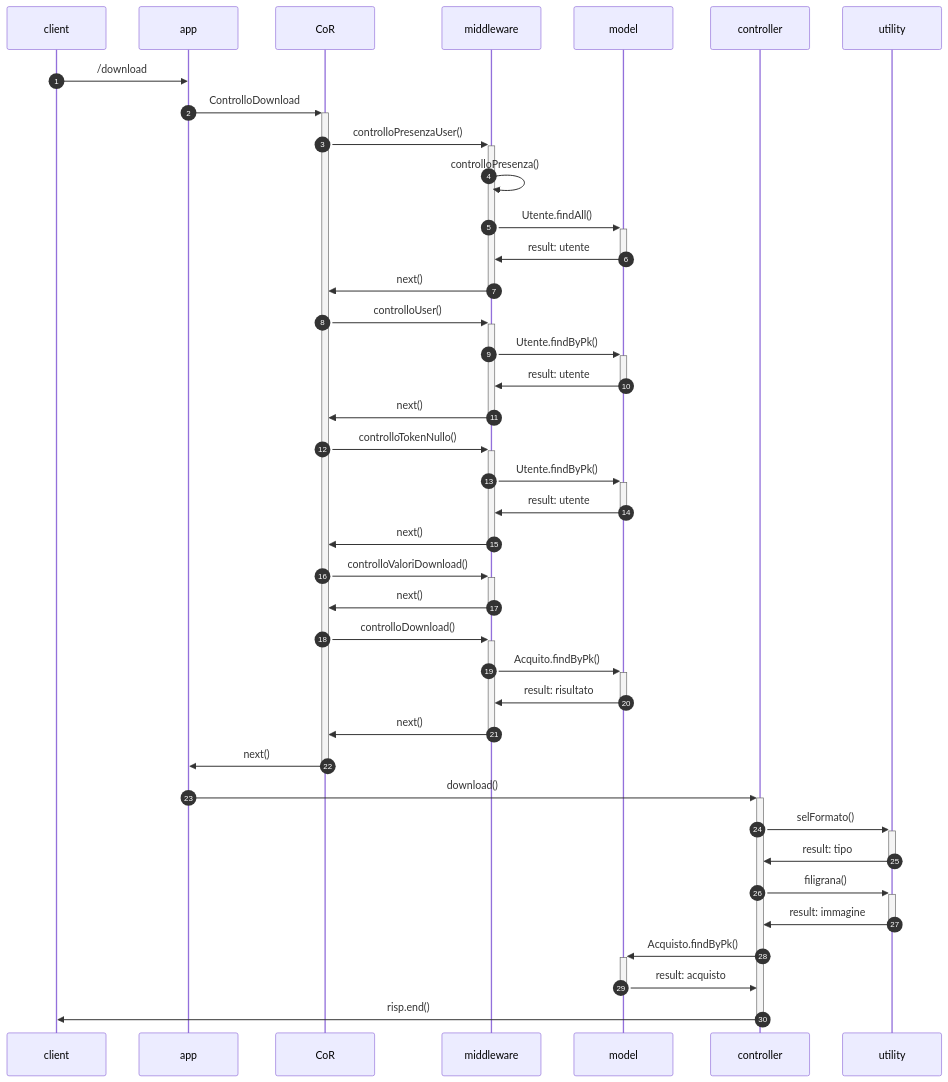
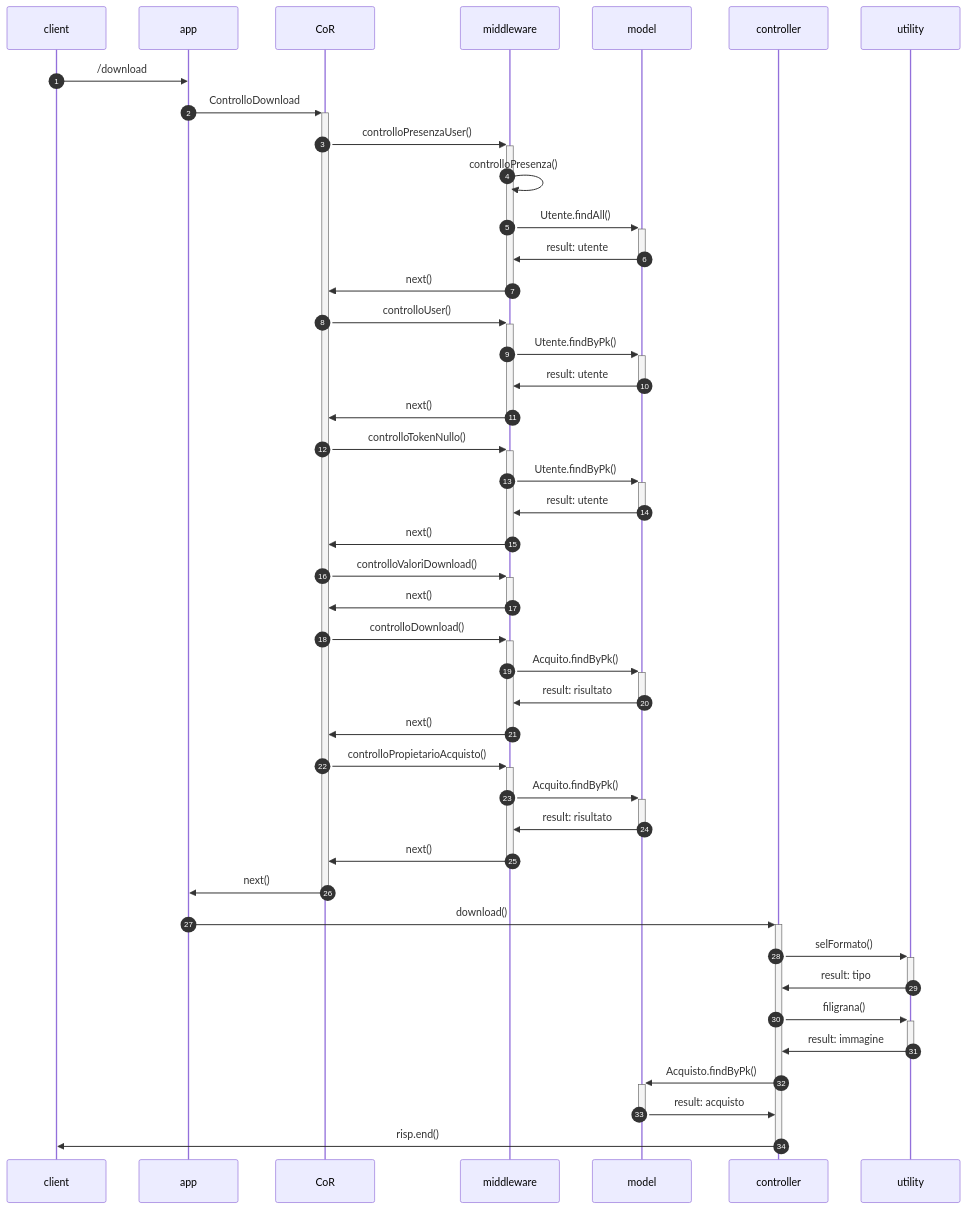
The fourth of 8 diagrams in README.md (MargheritaGaleazzi/AcquistoBeniStorici-Progetto-PA), drawn with Mermaid before and after one commit.

````diff
--- a/README.md
+++ b/README.md
@@ -363,34 +363,38 @@
 ```mermaid
 sequenceDiagram
 autonumber
 client ->> app: /download
 app ->>+ CoR: ControlloDownload
 CoR ->>+ middleware: controlloPresenzaUser()
 middleware ->> middleware: controlloPresenza()
 middleware ->>+ model: Utente.findAll()
 model ->>- middleware: result: utente
 middleware ->>- CoR:  next()
 CoR ->>+ middleware: controlloUser()
 middleware ->>+ model: Utente.findByPk()
 model ->>- middleware: result: utente
 middleware ->>- CoR:  next()
 CoR ->>+ middleware: controlloTokenNullo()
 middleware ->>+ model: Utente.findByPk()
 model ->>- middleware: result: utente
 middleware ->>- CoR:  next()
 CoR ->>+ middleware: controlloValoriDownload()
 middleware ->>- CoR:  next()
 CoR ->>+ middleware: controlloDownload()
 middleware ->>+ model: Acquito.findByPk()
 model ->>- middleware: result: risultato
 middleware ->>- CoR:  next()
+CoR ->>+ middleware: controlloPropietarioAcquisto()
+middleware ->>+ model: Acquito.findByPk()
+model ->>- middleware: result: risultato
+middleware ->>- CoR:  next()
 CoR ->>- app : next()
 app ->>+ controller: download()
 controller ->>+ utility: selFormato()
 utility ->>- controller: result: tipo
 controller ->>+ utility: filigrana()
 utility ->>- controller: result: immagine
 controller ->>+ model : Acquisto.findByPk()
 model ->>- controller : result: acquisto
 controller ->>- client:  risp.end()
 ```
````
